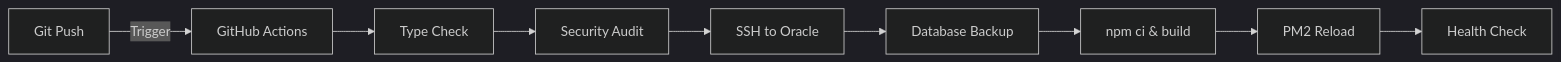
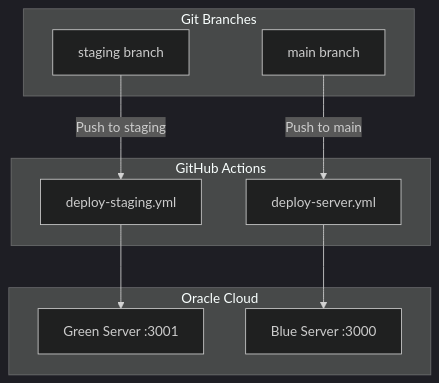
Diagram 12 of 12 in ARCHITECTURE.md (Maxwellbadger-1/TimeTracking-Clean), drawn with Mermaid (dark theme) before and after one commit. The commit also changed other lines of this file and 1 other file, not shown here.

First line of the commit message:
docs: Update core docs with 3-tier environment architecture

````diff
--- a/ARCHITECTURE.md
+++ b/ARCHITECTURE.md
@@ -1315,11 +1377,22 @@
 ```mermaid
-graph LR
-    A[Git Push] -->|Trigger| B[GitHub Actions]
-    B --> C[Type Check]
-    C --> D[Security Audit]
-    D --> E[SSH to Oracle]
-    E --> F[Database Backup]
-    F --> G[npm ci & build]
-    G --> H[PM2 Reload]
-    H --> I[Health Check]
+graph TB
+    subgraph "Git Branches"
+        A1[staging branch]
+        A2[main branch]
+    end
+
+    subgraph "GitHub Actions"
+        B1[deploy-staging.yml]
+        B2[deploy-server.yml]
+    end
+
+    subgraph "Oracle Cloud"
+        C1[Green Server :3001]
+        C2[Blue Server :3000]
+    end
+
+    A1 -->|Push to staging| B1
+    B1 --> C1
+    A2 -->|Push to main| B2
+    B2 --> C2
 ```
````
